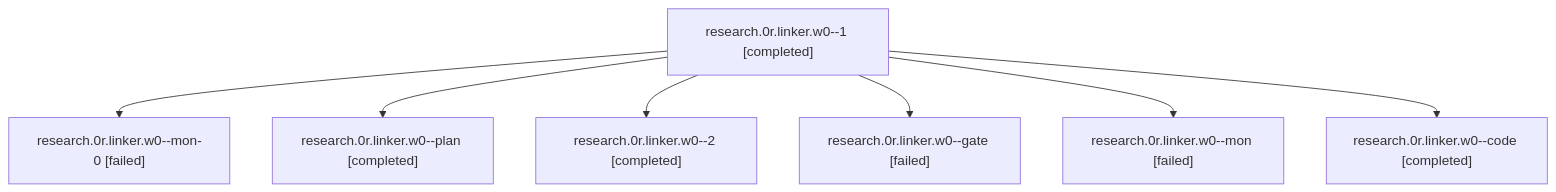
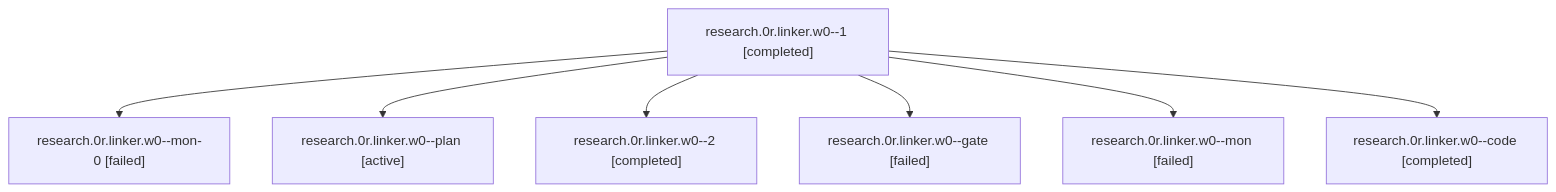
The diagram in sessions/bbugyi200.apollo.research.0r.linker.w0.md (sase-org/sase--agents), drawn with Mermaid before and after one commit. The commit also changed other lines of this file and 56 other files, not shown here.

````diff
--- a/sessions/bbugyi200.apollo.research.0r.linker.w0.md
+++ b/sessions/bbugyi200.apollo.research.0r.linker.w0.md
@@ -9,16 +9,16 @@
 ```mermaid
 flowchart TD
   n0["research.0r.linker.w0--1 [completed]"]
   n1["research.0r.linker.w0--mon-0 [failed]"]
   n0 --> n1
-  n2["research.0r.linker.w0--plan [completed]"]
+  n2["research.0r.linker.w0--plan [active]"]
   n0 --> n2
   n3["research.0r.linker.w0--2 [completed]"]
   n0 --> n3
   n4["research.0r.linker.w0--gate [failed]"]
   n0 --> n4
   n5["research.0r.linker.w0--mon [failed]"]
   n0 --> n5
   n6["research.0r.linker.w0--code [completed]"]
   n0 --> n6
 ```
````
